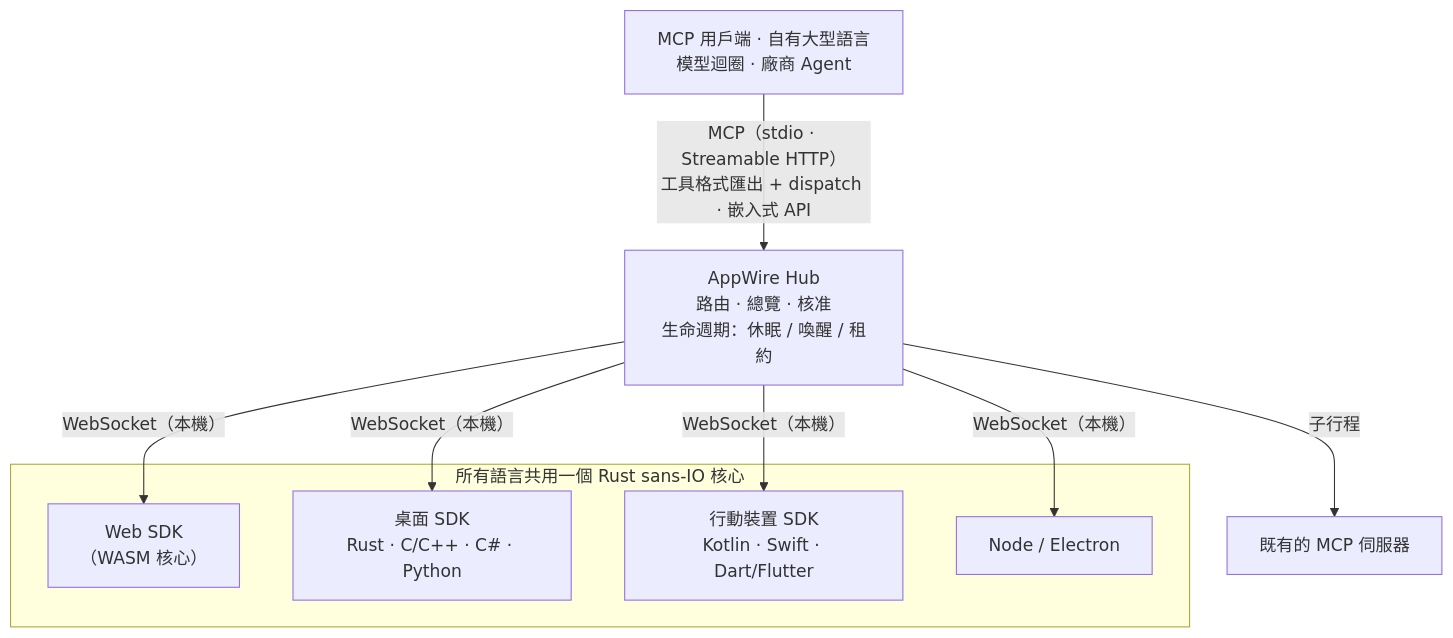
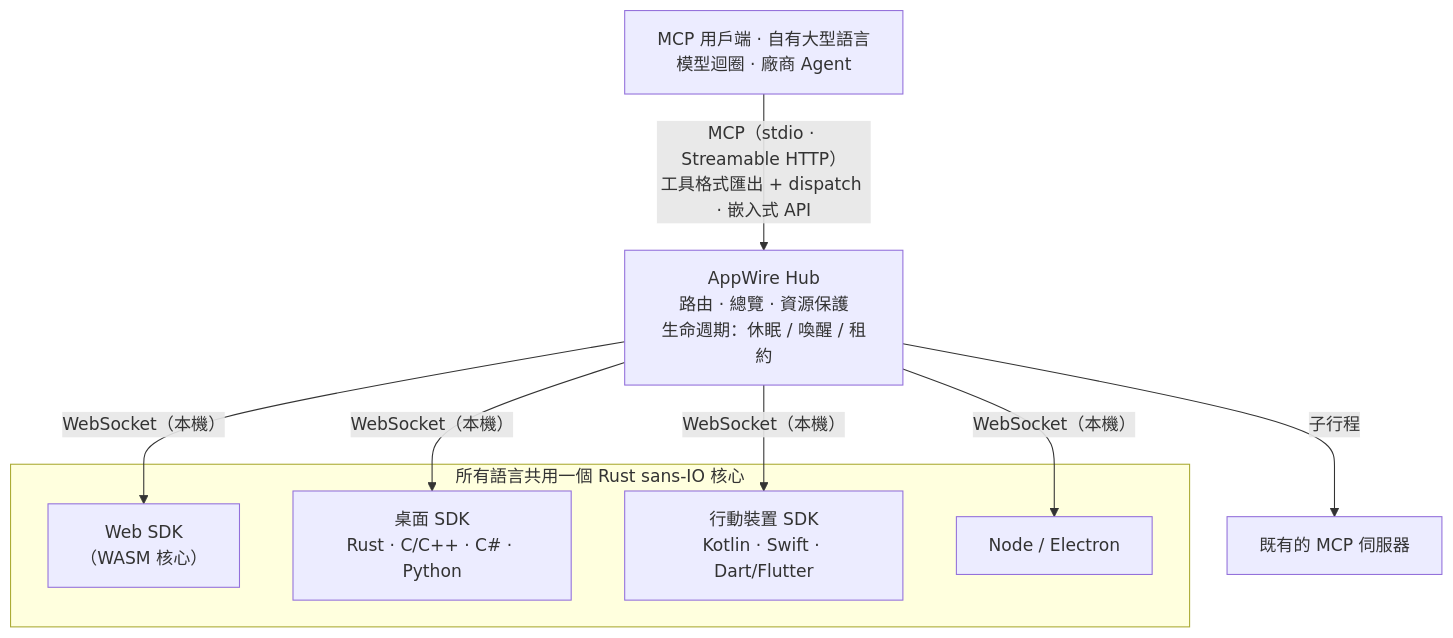
The diagram in docs/README.zh-TW.md (stareing/appwire), drawn with Mermaid before and after one commit. The commit also changed other lines of this file and 11 other files, not shown here.

Commit message:
第 18 项 L1 + L4：README（11 种语言）与 llms.txt 去掉"Hub 审批"承诺，改为放行归 Agent、高风险确认归 App、本库如实传递声明并保护资源；补第 9 条原则"看得见、改得回"

````diff
--- a/docs/README.zh-TW.md
+++ b/docs/README.zh-TW.md
@@ -135,17 +137,17 @@
 ```mermaid
 flowchart TD
   clients["MCP 用戶端 · 自有大型語言模型迴圈 · 廠商 Agent"]
-  hub["AppWire Hub<br/>路由 · 總覽 · 核准<br/>生命週期：休眠 / 喚醒 / 租約"]
+  hub["AppWire Hub<br/>路由 · 總覽 · 資源保護<br/>生命週期：休眠 / 喚醒 / 租約"]
   clients -- "MCP（stdio · Streamable HTTP）<br/>工具格式匯出 + dispatch · 嵌入式 API" --> hub
   hub -- "WebSocket（本機）" --> web["Web SDK<br/>（WASM 核心）"]
   hub -- "WebSocket（本機）" --> desktop["桌面 SDK<br/>Rust · C/C++ · C# · Python"]
   hub -- "WebSocket（本機）" --> mobile["行動裝置 SDK<br/>Kotlin · Swift · Dart/Flutter"]
   hub -- "WebSocket（本機）" --> node["Node / Electron"]
   hub -- "子行程" --> upstream["既有的 MCP 伺服器"]
   subgraph core["所有語言共用一個 Rust sans-IO 核心"]
     web
     desktop
     mobile
     node
   end
 ```
````
